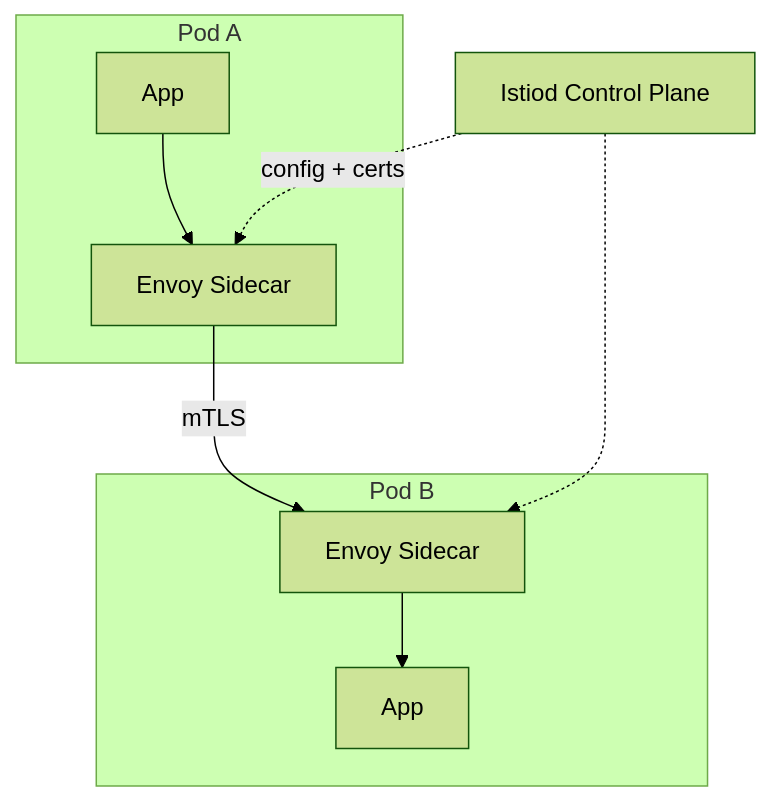
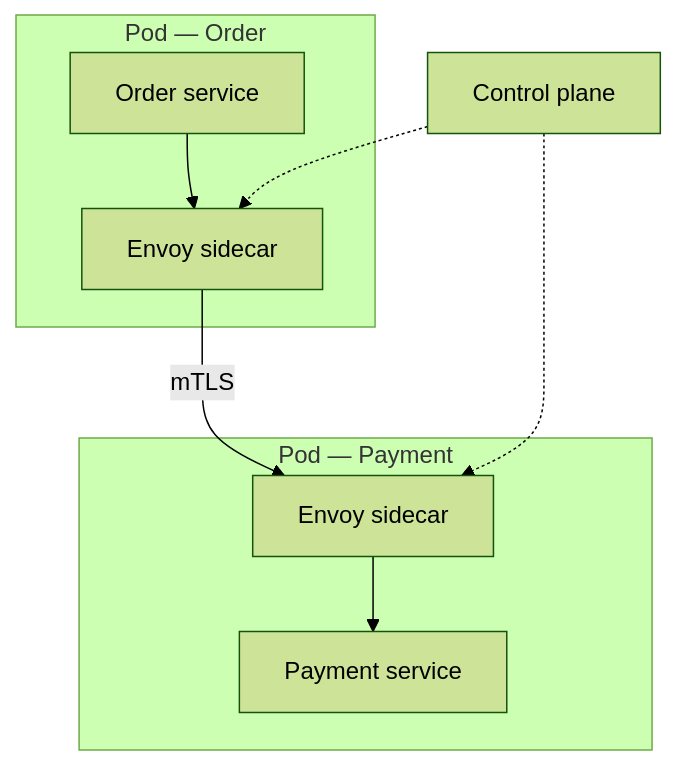
One commit to hareramcse/SystemDesign changed diagram 18 of 28 in 08-microservices/README.md. Above: the diagram before and after it, drawn with Mermaid (forest theme). The commit also changed other lines of this file, not shown here.

````diff
--- a/08-microservices/README.md
+++ b/08-microservices/README.md
@@ -1165,12 +1633,16 @@
 ```mermaid
 flowchart TB
-    subgraph Pod A
-        AppA[App] --> SideA[Envoy Sidecar]
+    subgraph PodA [Pod — Order]
+        OA[Order service]
+        SA[Envoy sidecar]
+        OA --> SA
     end
-    subgraph Pod B
-        SideB[Envoy Sidecar] --> AppB[App]
+    subgraph PodB [Pod — Payment]
+        SB[Envoy sidecar]
+        PB[Payment service]
+        SB --> PB
     end
-    SideA -->|mTLS| SideB
-    CP[Istiod Control Plane] -.->|config + certs| SideA
-    CP -.-> SideB
+    SA -->|mTLS| SB
+    CP[Control plane] -.-> SA
+    CP -.-> SB
 ```
````
